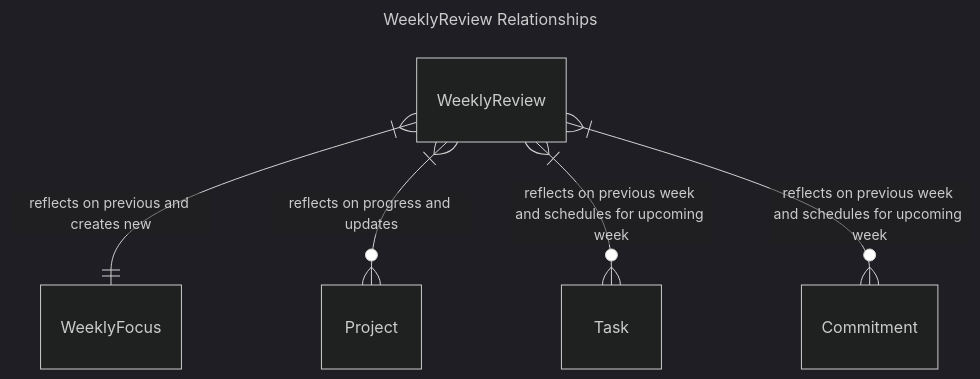
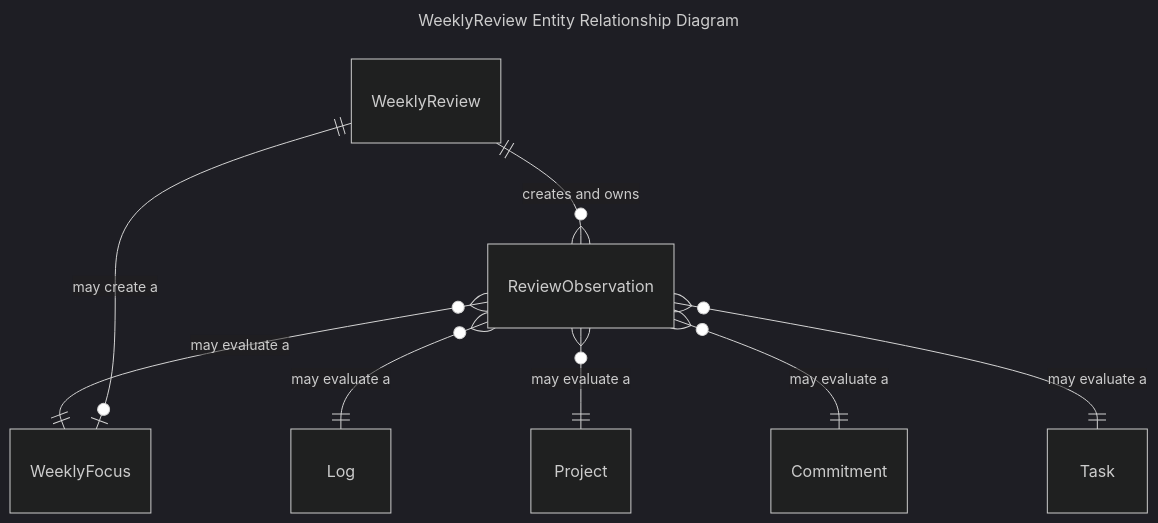
Before and after one commit to osgrouch/olos: the sixth of 8 diagrams in design-docs/02-entity-relationship-mermaid.md, drawn with Mermaid (dark theme). The commit also changed other lines of this file and 5 other files, not shown here.

Commit message:
Refactoring Domains: refining Review and Focus

````diff
--- a/design-docs/02-entity-relationship-mermaid.md
+++ b/design-docs/02-entity-relationship-mermaid.md
@@ -100,12 +136,17 @@
 ``` mermaid
 ---
-title: WeeklyReview Relationships
+title: WeeklyReview Entity Relationship Diagram
 ---
 erDiagram
   direction TB
+  
+  WeeklyReview ||--o{ ReviewObservation : "creates and owns"
 
-  WeeklyReview }|--|| WeeklyFocus : "reflects on previous and creates new"
-  WeeklyReview }|--o{ Project : "reflects on progress and updates"
-  WeeklyReview }|--o{ Task : "reflects on previous week and schedules for upcoming week"
-  WeeklyReview }|--o{ Commitment : "reflects on previous week and schedules for upcoming week"
+  ReviewObservation }o--|| WeeklyFocus : "may evaluate a"
+  ReviewObservation }o--|| Log : "may evaluate a"
+  ReviewObservation }o--|| Project : "may evaluate a"
+  ReviewObservation }o--|| Commitment : "may evaluate a"
+  ReviewObservation }o--|| Task : "may evaluate a"
+
+  WeeklyReview ||--o| WeeklyFocus : "may create a"
 ```
````
